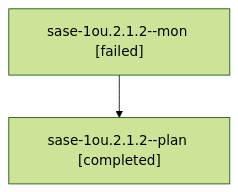
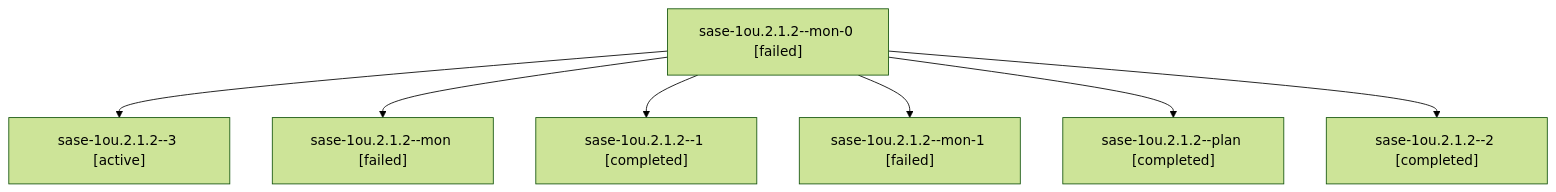
Before and after one commit to sase-org/sase--agents: the diagram in sessions/bbugyi200.athena.sase-1ou.2.1.2.md, drawn with Mermaid (forest theme). The commit also changed other lines of this file and 88 other files, not shown here.

````diff
--- a/sessions/bbugyi200.athena.sase-1ou.2.1.2.md
+++ b/sessions/bbugyi200.athena.sase-1ou.2.1.2.md
@@ -9,6 +9,16 @@
 ```mermaid
 flowchart TD
-  n0["sase-1ou.2.1.2--mon [failed]"]
-  n1["sase-1ou.2.1.2--plan [completed]"]
+  n0["sase-1ou.2.1.2--mon-0 [failed]"]
+  n1["sase-1ou.2.1.2--3 [active]"]
   n0 --> n1
+  n2["sase-1ou.2.1.2--mon [failed]"]
+  n0 --> n2
+  n3["sase-1ou.2.1.2--1 [completed]"]
+  n0 --> n3
+  n4["sase-1ou.2.1.2--mon-1 [failed]"]
+  n0 --> n4
+  n5["sase-1ou.2.1.2--plan [completed]"]
+  n0 --> n5
+  n6["sase-1ou.2.1.2--2 [completed]"]
+  n0 --> n6
 ```
````
